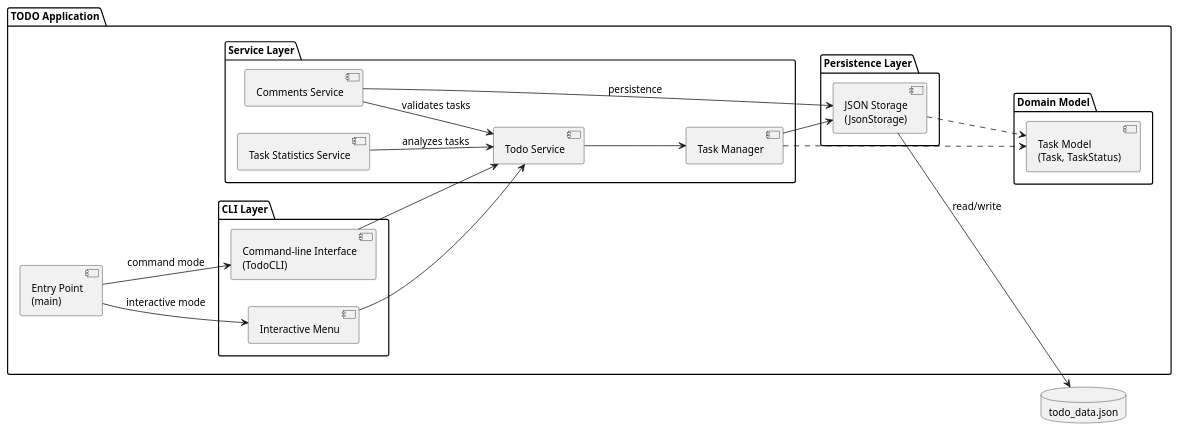
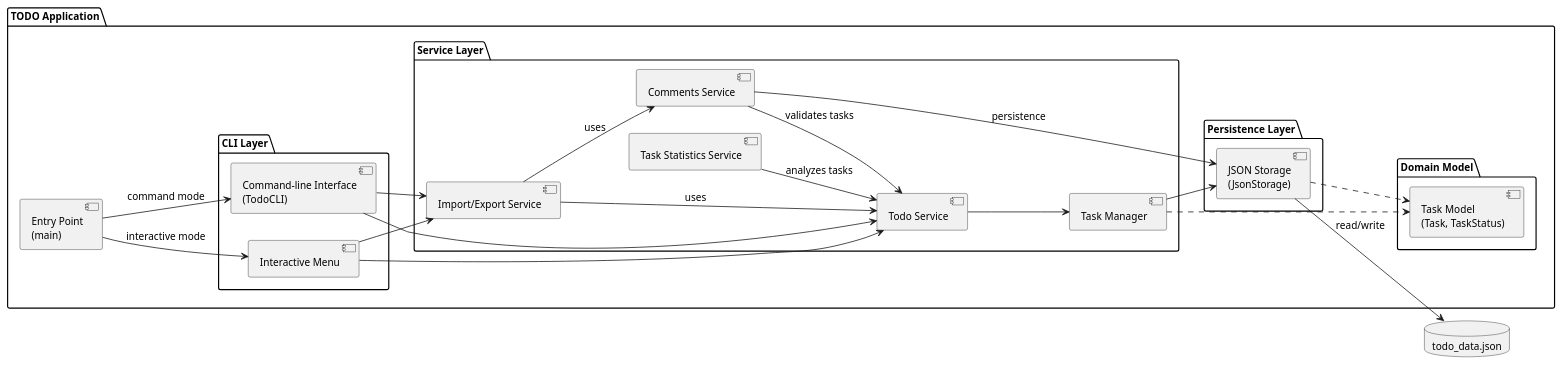
The diagram in experiments/pipeline/test_driven/TODO/artifacts/component_diagram.puml (DanielRiha8906/Software_autoevolution_using_agents), drawn with PlantUML before and after one commit. The commit also changed 9 other files, not shown here.

```diff
--- a/experiments/pipeline/test_driven/TODO/artifacts/component_diagram.puml
+++ b/experiments/pipeline/test_driven/TODO/artifacts/component_diagram.puml
@@ -1,51 +1,56 @@
 @startuml component_diagram
 
 skinparam componentStyle uml2
 skinparam defaultFontSize 13
 
 left to right direction
 
 package "TODO Application" {
 
     component "Entry Point\n(main)" as Main
 
     package "CLI Layer" {
         component "Interactive Menu" as IM
         component "Command-line Interface\n(TodoCLI)" as CLI
     }
 
     package "Service Layer" {
         component "Todo Service" as SVC
         component "Task Manager" as MGR
         component "Comments Service" as CSVC
         component "Task Statistics Service" as STATS
+        component "Import/Export Service" as IESVC
     }
 
     package "Domain Model" {
         component "Task Model\n(Task, TaskStatus)" as Model
     }
 
     package "Persistence Layer" {
         component "JSON Storage\n(JsonStorage)" as Storage
     }
 }
 
 database "todo_data.json" as DB
 
 Main --> IM : interactive mode
 Main --> CLI : command mode
 
 IM --> SVC
+IM --> IESVC
 CLI --> SVC
+CLI --> IESVC
 
 SVC --> MGR
 CSVC --> SVC : validates tasks
 CSVC --> Storage : persistence
 STATS --> SVC : analyzes tasks
+IESVC --> SVC : uses
+IESVC --> CSVC : uses
 MGR --> Storage
 MGR ..> Model
 Storage ..> Model
 
 Storage --> DB : read/write
 
 @enduml
```
